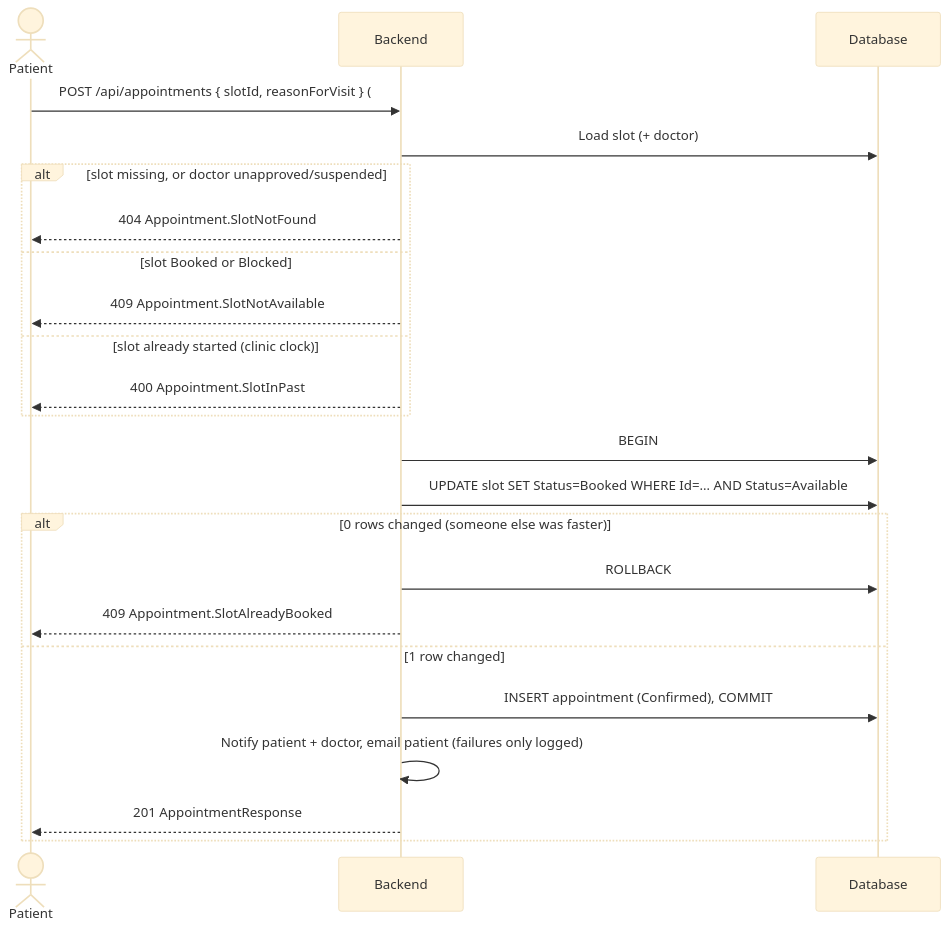
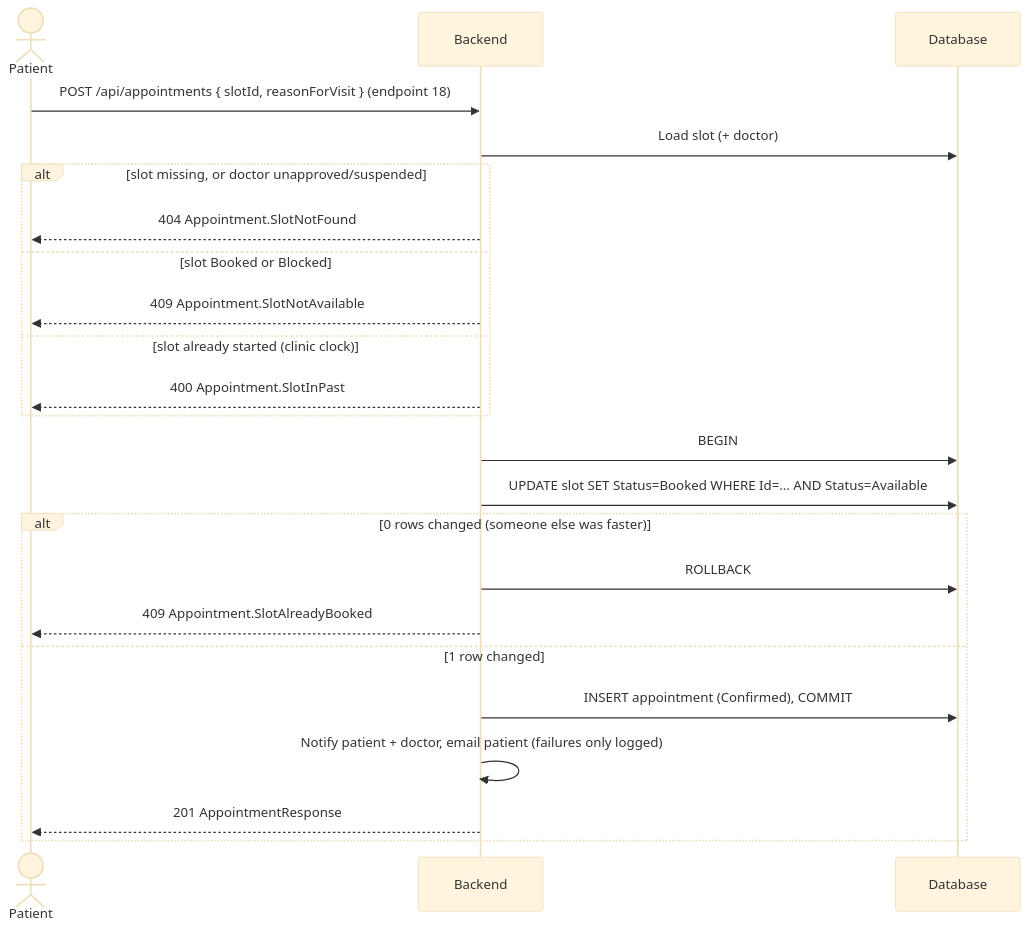
The ninth of 12 diagrams in docs/V1_GUIDE.md (S3d0o/ClinicFlow-Backend), drawn with Mermaid (base theme) before and after one commit. The commit also changed other lines of this file, not shown here.

First line of the commit message:
Fix the doctor-approval diagram in the V1 guide

````diff
--- a/docs/V1_GUIDE.md
+++ b/docs/V1_GUIDE.md
@@ -424,26 +424,26 @@
 ```mermaid
 sequenceDiagram
     actor P as Patient
     participant API as Backend
     participant DB as Database
 
-    P->>API: POST /api/appointments { slotId, reasonForVisit } (#18)
+    P->>API: POST /api/appointments { slotId, reasonForVisit } (endpoint 18)
     API->>DB: Load slot (+ doctor)
     alt slot missing, or doctor unapproved/suspended
         API-->>P: 404 Appointment.SlotNotFound
     else slot Booked or Blocked
         API-->>P: 409 Appointment.SlotNotAvailable
     else slot already started (clinic clock)
         API-->>P: 400 Appointment.SlotInPast
     end
     API->>DB: BEGIN
     API->>DB: UPDATE slot SET Status=Booked WHERE Id=… AND Status=Available
     alt 0 rows changed (someone else was faster)
         API->>DB: ROLLBACK
         API-->>P: 409 Appointment.SlotAlreadyBooked
     else 1 row changed
         API->>DB: INSERT appointment (Confirmed), COMMIT
         API->>API: Notify patient + doctor, email patient (failures only logged)
         API-->>P: 201 AppointmentResponse
     end
 ```
````
